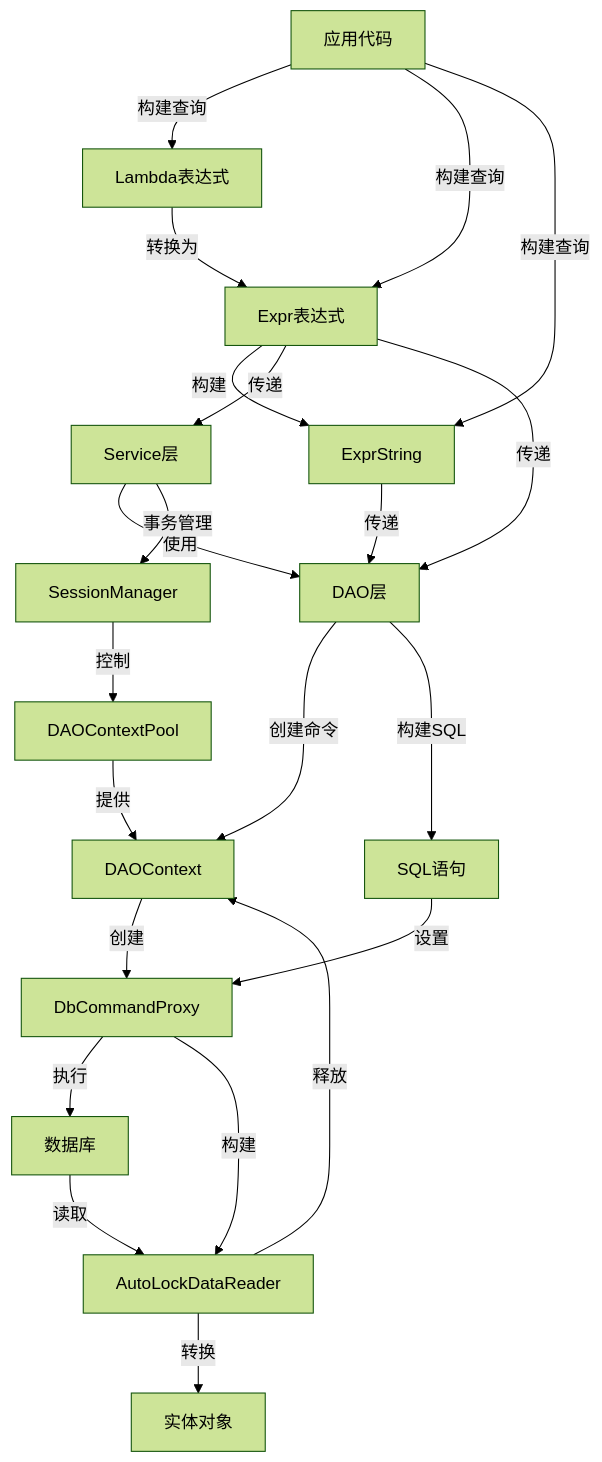
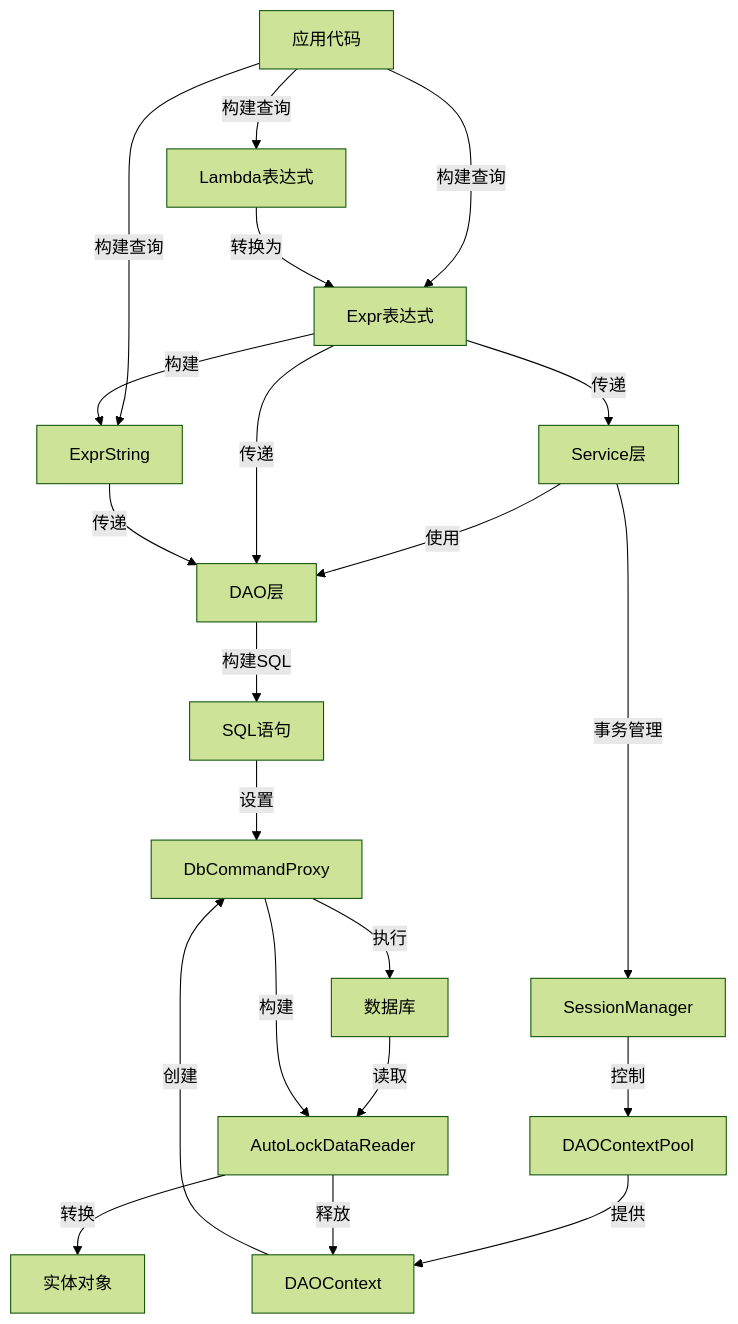
One commit to danjiewu/LiteOrm changed the diagram in CODE_WIKI.md. Above: the diagram before and after it, drawn with Mermaid (forest theme). The commit also changed other lines of this file, not shown here.

Commit message:
feat: 生成项目Code Wiki文档

````diff
--- a/CODE_WIKI.md
+++ b/CODE_WIKI.md
@@ -99,26 +99,25 @@
 ```mermaid
 flowchart TD
     A[应用代码]
     B[Service层]
     B -->|使用| C[DAO层]
-    C -->|创建命令| E[DAOContext]
-    E -->|创建| J[DbCommandProxy]
+    E[DAOContext] -->|创建| J[DbCommandProxy]
     J -->|执行| F[数据库]
     F -->|读取| K[AutoLockDataReader]
     J -->|构建| K
     K -->|转换| L[实体对象]
     A -->|构建查询| G1[Lambda表达式]
     A -->|构建查询| G2[Expr表达式]
     A -->|构建查询| G3[ExprString]
     G1 -->|转换为| G2
     G2 -->|构建| G3
     G2 -->|传递| B
     G2 -->|传递| C
     G3 -->|传递| C
     C -->|构建SQL| H[SQL语句]
     H -->|设置| J
     B -->|事务管理| I[SessionManager]
     I -->|控制| P[DAOContextPool]
     P -->|提供| E
     K -->|释放| E
 ```
````
